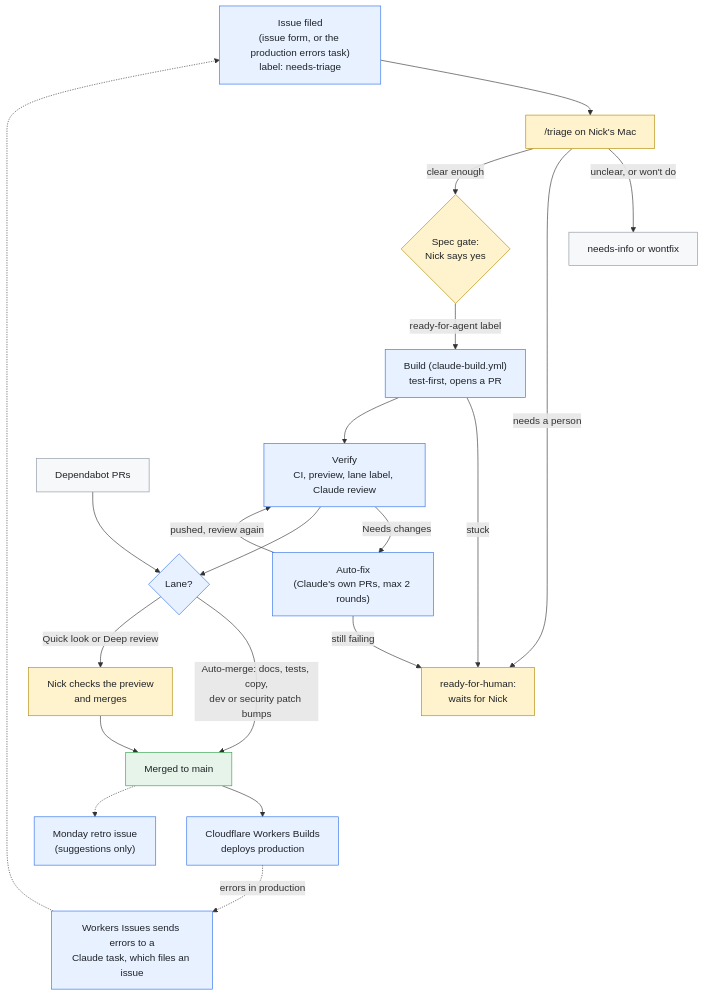
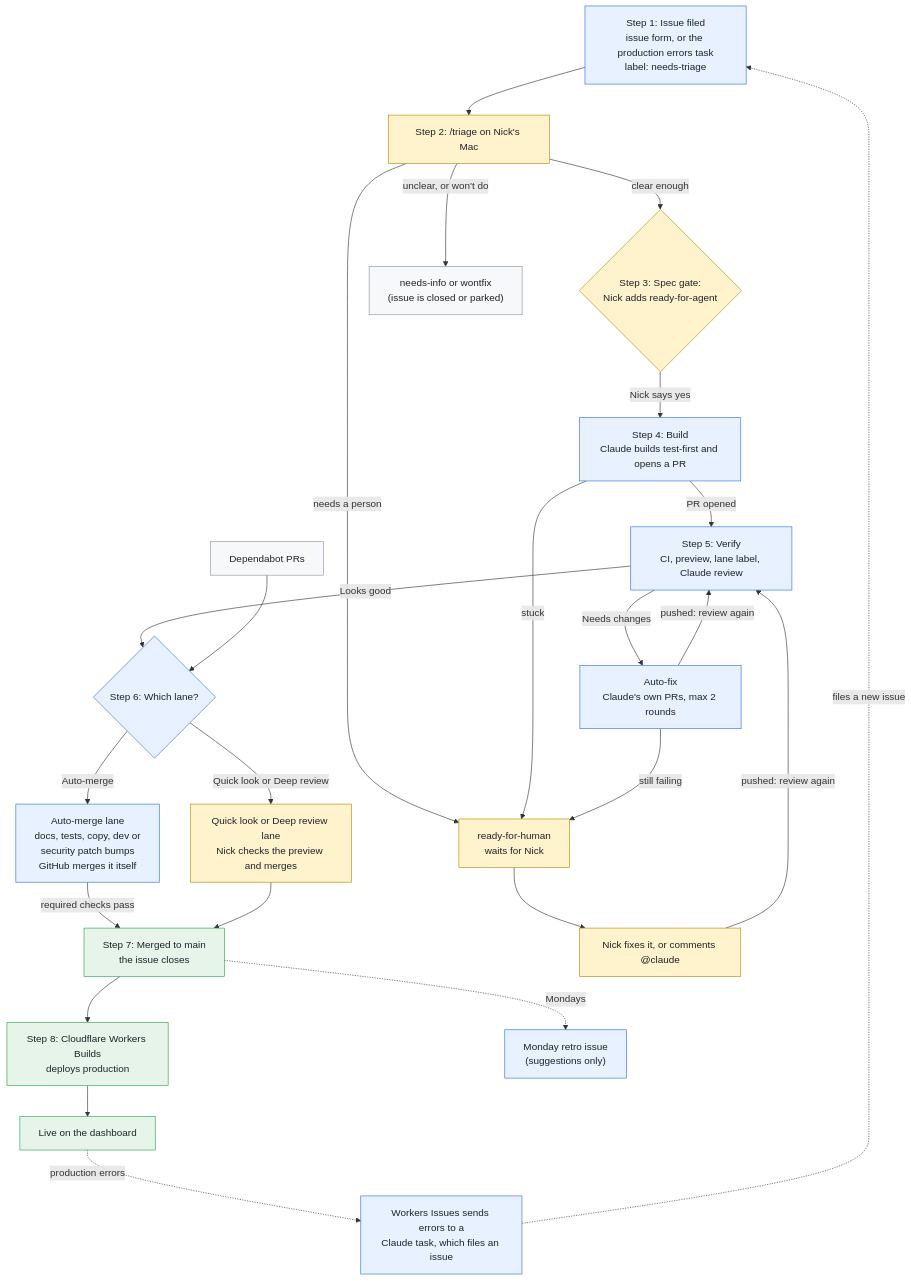
Before and after one commit to FutureProg/safe-streets-halton-data-dashboard: the diagram in docs/agents/software-factory.md, drawn with Mermaid. The commit also changed other lines of this file, not shown here.

Commit message:
Factory diagram: show the full success path and a way back from every stuck state
Claude-Session: https://claude.ai/code/session_015kaE8WkYzoYcjnzP5hY3zj

````diff
--- a/docs/agents/software-factory.md
+++ b/docs/agents/software-factory.md
@@ -9,43 +9,51 @@
 ```mermaid
 flowchart TD
   classDef nick fill:#fff3cd,stroke:#b58900,color:#1f2328
   classDef bot fill:#e7f1ff,stroke:#2f6feb,color:#1f2328
-  classDef end_ fill:#e6f4ea,stroke:#2da44e,color:#1f2328
+  classDef done fill:#e6f4ea,stroke:#2da44e,color:#1f2328
   classDef side fill:#f6f8fa,stroke:#8c959f,color:#1f2328
 
-  A["Issue filed<br/>(issue form, or the production errors task)<br/>label: needs-triage"]:::bot
-  T["/triage on Nick's Mac"]:::nick
-  G{"Spec gate:<br/>Nick says yes"}:::nick
-  B["Build (claude-build.yml)<br/>test-first, opens a PR"]:::bot
-  V["Verify<br/>CI, preview, lane label, Claude review"]:::bot
-  X["Auto-fix<br/>(Claude's own PRs, max 2 rounds)"]:::bot
-  L{"Lane?"}:::bot
-  N["Nick checks the preview<br/>and merges"]:::nick
-  M["Merged to main"]:::end_
-  D["Cloudflare Workers Builds<br/>deploys production"]:::bot
+  A["Step 1: Issue filed<br/>issue form, or the production errors task<br/>label: needs-triage"]:::bot
+  T["Step 2: /triage on Nick's Mac"]:::nick
+  G{"Step 3: Spec gate:<br/>Nick adds ready-for-agent"}:::nick
+  B["Step 4: Build<br/>Claude builds test-first and opens a PR"]:::bot
+  V["Step 5: Verify<br/>CI, preview, lane label, Claude review"]:::bot
+  L{"Step 6: Which lane?"}:::bot
+  AM["Auto-merge lane<br/>docs, tests, copy, dev or<br/>security patch bumps<br/>GitHub merges it itself"]:::bot
+  N["Quick look or Deep review lane<br/>Nick checks the preview and merges"]:::nick
+  M["Step 7: Merged to main<br/>the issue closes"]:::done
+  D["Step 8: Cloudflare Workers Builds<br/>deploys production"]:::done
+  LIVE["Live on the dashboard"]:::done
+
+  X["Auto-fix<br/>Claude's own PRs, max 2 rounds"]:::bot
+  H["ready-for-human<br/>waits for Nick"]:::nick
+  NH["Nick fixes it, or comments @claude"]:::nick
+  I["needs-info or wontfix<br/>(issue is closed or parked)"]:::side
+  DB["Dependabot PRs"]:::side
   E["Workers Issues sends errors to a<br/>Claude task, which files an issue"]:::bot
   R["Monday retro issue<br/>(suggestions only)"]:::bot
-  H["ready-for-human:<br/>waits for Nick"]:::nick
-  I["needs-info or wontfix"]:::side
-  DB["Dependabot PRs"]:::side
 
   A --> T
+  T -->|"clear enough"| G
   T -->|"unclear, or won't do"| I
   T -->|"needs a person"| H
-  T -->|"clear enough"| G
-  G -->|"ready-for-agent label"| B
+  G -->|"Nick says yes"| B
+  B -->|"PR opened"| V
   B -->|"stuck"| H
-  B --> V
+  V -->|"Looks good"| L
   V -->|"Needs changes"| X
-  X -->|"pushed, review again"| V
+  X -->|"pushed: review again"| V
   X -->|"still failing"| H
-  V --> L
   DB --> L
-  L -->|"Auto-merge: docs, tests, copy,<br/>dev or security patch bumps"| M
+  L -->|"Auto-merge"| AM
   L -->|"Quick look or Deep review"| N
+  AM -->|"required checks pass"| M
   N --> M
+  H --> NH
+  NH -->|"pushed: review again"| V
   M --> D
-  D -.->|"errors in production"| E
-  E -.-> A
-  M -.-> R
+  D --> LIVE
+  LIVE -.->|"production errors"| E
+  E -.->|"files a new issue"| A
+  M -.->|"Mondays"| R
 ```
````
